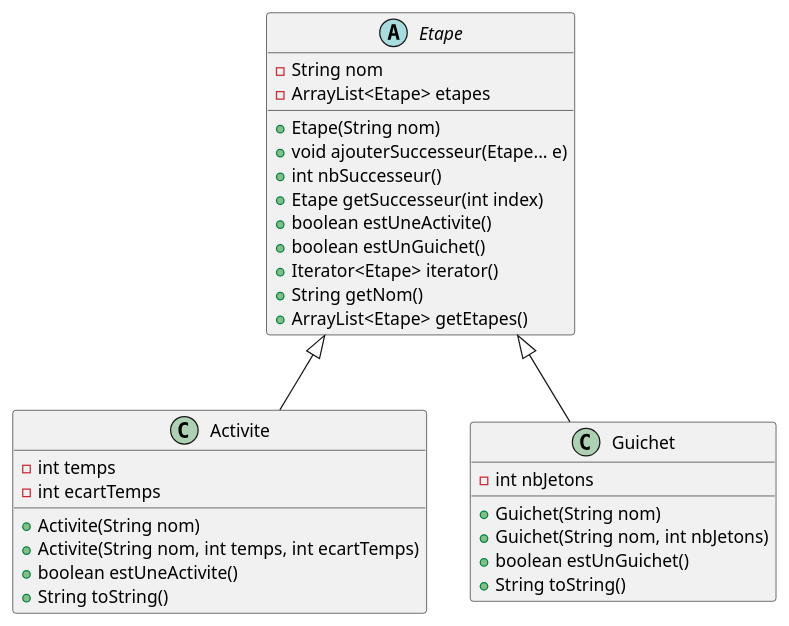
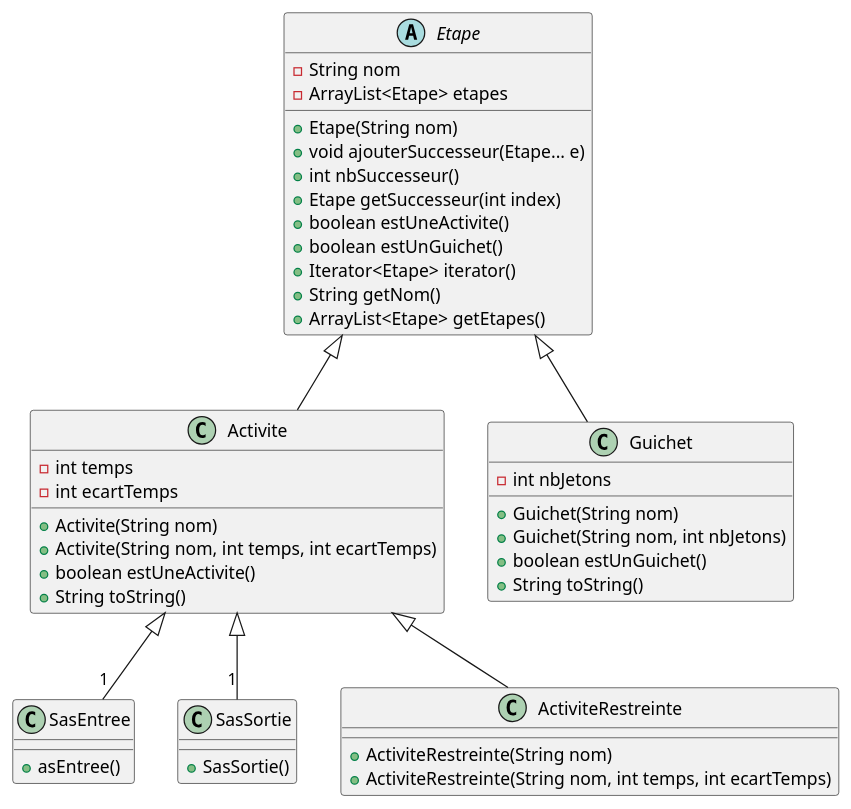
Before and after one commit to NicolasRes/Twisk: the diagram in Diagramme.puml, drawn with PlantUML. The commit also changed 3 other files, not shown here.

```diff
--- a/Diagramme.puml
+++ b/Diagramme.puml
@@ -1,38 +1,54 @@
 @startuml
 'https://plantuml.com/class-diagram
 
 Etape <|-- Activite
 Etape <|-- Guichet
+Activite <|--"1" SasEntree
+Activite <|--"1" SasSortie
+Activite <|-- ActiviteRestreinte
 
 class Activite {
 - int temps
 - int ecartTemps
 + Activite(String nom)
 + Activite(String nom, int temps, int ecartTemps)
 + boolean estUneActivite()
 + String toString()
+}
+
+class ActiviteRestreinte {
++ ActiviteRestreinte(String nom)
++ ActiviteRestreinte(String nom, int temps, int ecartTemps)
 }
 
 abstract class Etape {
 - String nom
 - ArrayList<Etape> etapes
 + Etape(String nom)
 + void ajouterSuccesseur(Etape... e)
 + int nbSuccesseur()
 + Etape getSuccesseur(int index)
 + boolean estUneActivite()
 + boolean estUnGuichet()
 + Iterator<Etape> iterator()
 + String getNom()
 + ArrayList<Etape> getEtapes()
 }
 
 class Guichet {
 - int nbJetons
 + Guichet(String nom)
 + Guichet(String nom, int nbJetons)
 + boolean estUnGuichet()
 + String toString()
 }
 
+class SasEntree {
++ asEntree()
+}
+
+class SasSortie {
++ SasSortie()
+}
+
 @enduml
```
